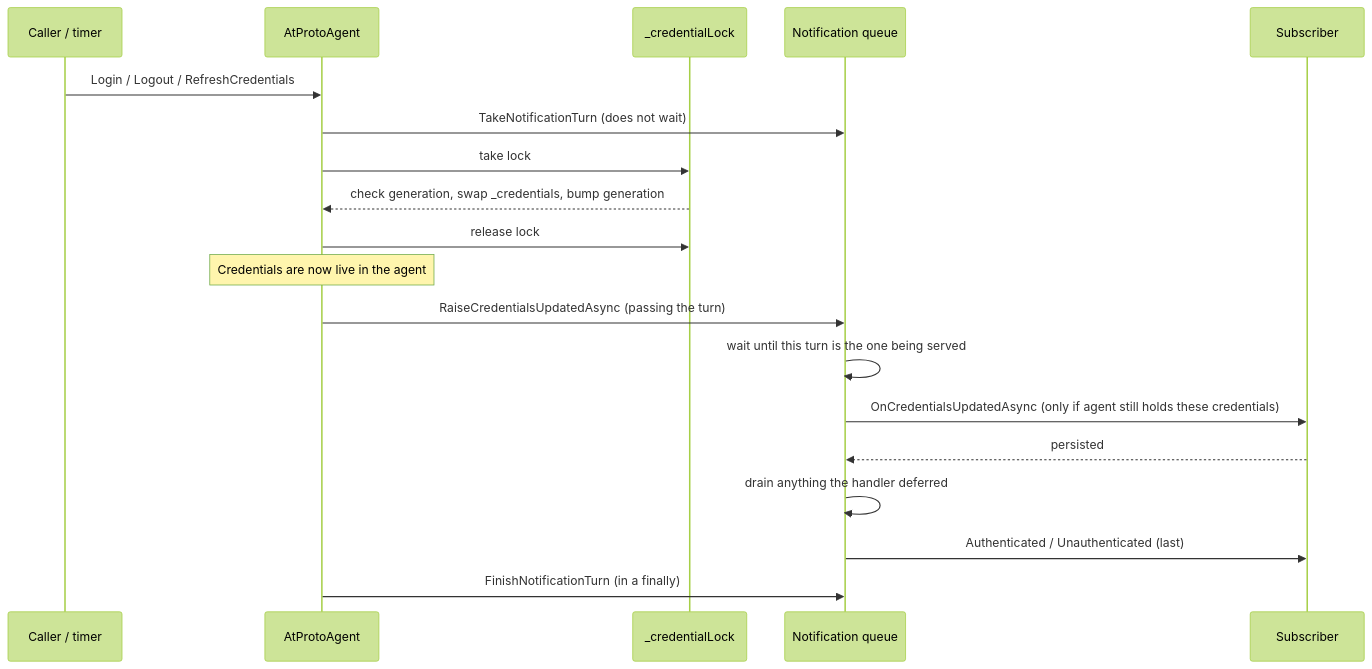
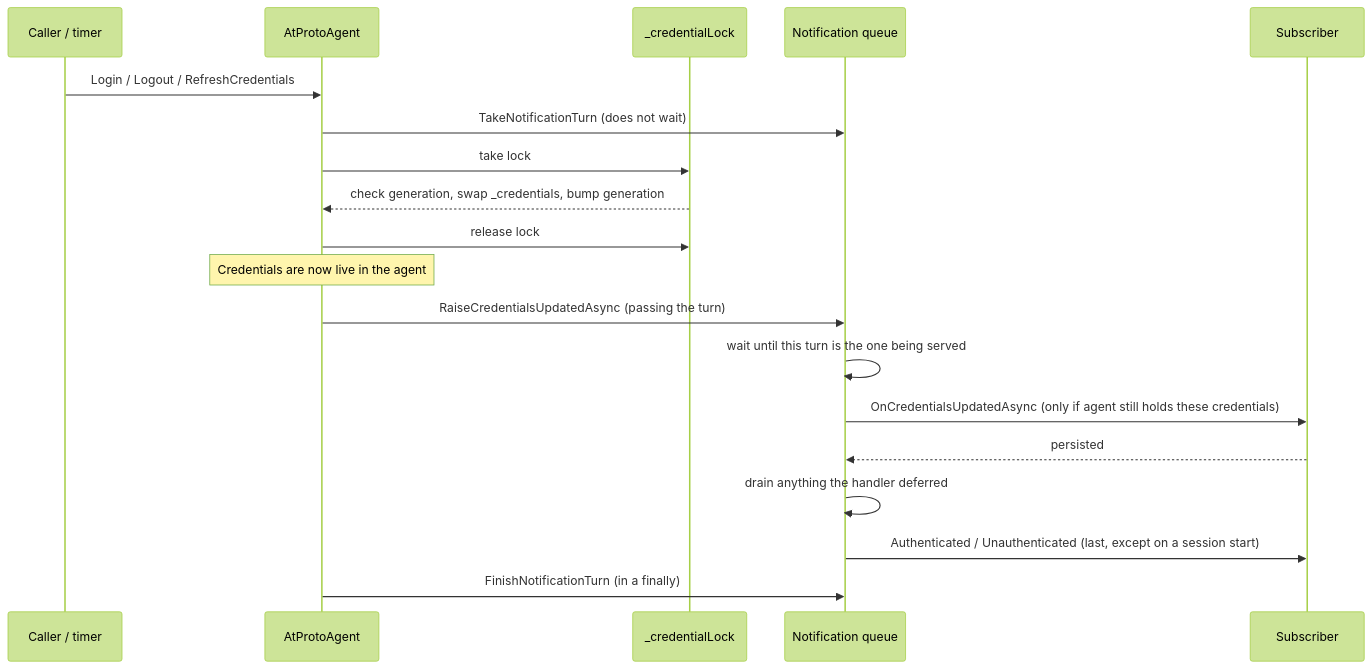
One commit to blowdart/idunno.Bluesky changed the second of 3 diagrams in devnotes/credential-lifecycle-and-locking.md. Above: the diagram before and after it, drawn with Mermaid (forest theme). The commit also changed other lines of this file and 4 other files, not shown here.

````diff
--- a/devnotes/credential-lifecycle-and-locking.md
+++ b/devnotes/credential-lifecycle-and-locking.md
@@ -75,22 +75,22 @@
 ```mermaid
 sequenceDiagram
     participant C as Caller / timer
     participant A as AtProtoAgent
     participant L as _credentialLock
     participant Q as Notification queue
     participant H as Subscriber
 
     C->>A: Login / Logout / RefreshCredentials
     A->>Q: TakeNotificationTurn (does not wait)
     A->>L: take lock
     L-->>A: check generation, swap _credentials, bump generation
     A->>L: release lock
     Note over A: Credentials are now live in the agent
     A->>Q: RaiseCredentialsUpdatedAsync (passing the turn)
     Q->>Q: wait until this turn is the one being served
     Q->>H: OnCredentialsUpdatedAsync (only if agent still holds these credentials)
     H-->>Q: persisted
     Q->>Q: drain anything the handler deferred
-    Q->>H: Authenticated / Unauthenticated (last)
+    Q->>H: Authenticated / Unauthenticated (last, except on a session start)
     A->>Q: FinishNotificationTurn (in a finally)
 ```
````
